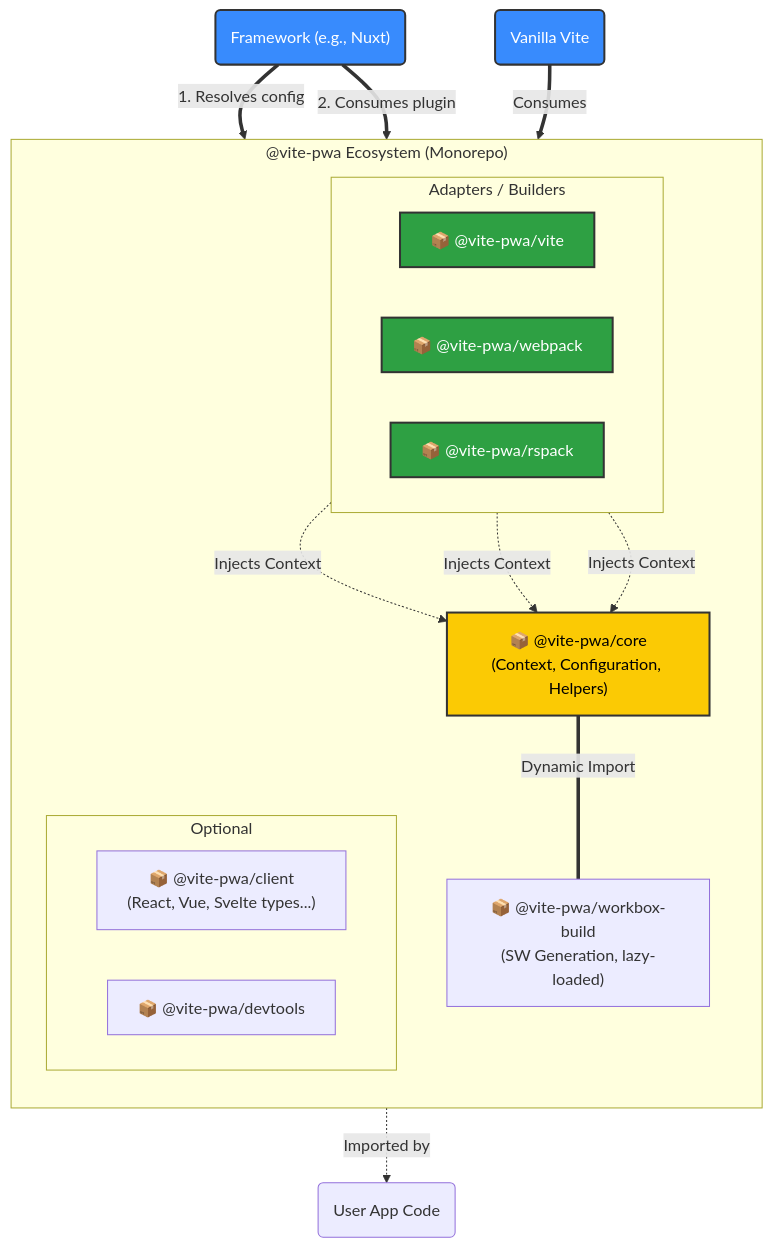
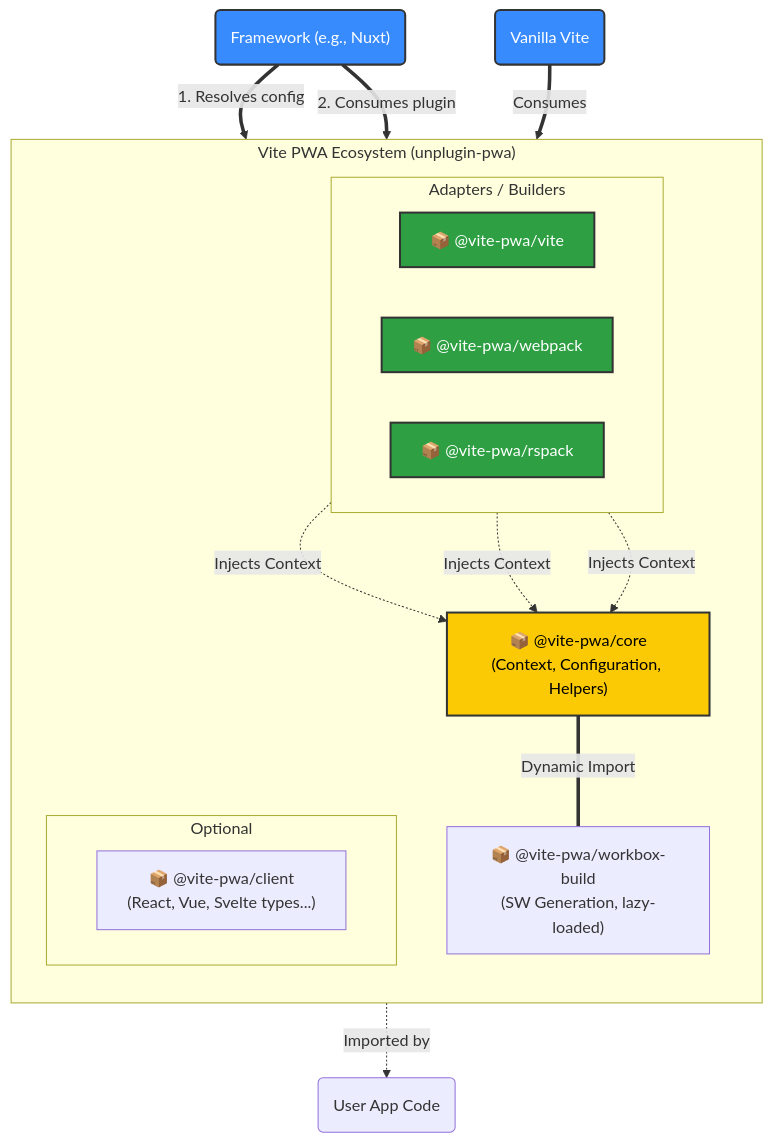
One commit to vite-pwa/unplugin-pwa changed the first of 2 diagrams in README.md. Above: the diagram before and after it, drawn with Mermaid. The commit also changed other lines of this file, not shown here.

Commit message:
docs: update mermaid diagrams

````diff
--- a/README.md
+++ b/README.md
@@ -17,43 +17,42 @@
 ```mermaid
 graph TD
-    subgraph Monorepo ["@vite-pwa Ecosystem (Monorepo)"]
+    subgraph Monorepo ["Vite PWA Ecosystem (unplugin-pwa)"]
         direction TB
 
         Core["📦 @vite-pwa/core<br/>(Context, Configuration, Helpers)"]
         WB["📦 @vite-pwa/workbox-build<br/>(SW Generation, lazy-loaded)"]
 
         subgraph Builders ["Adapters / Builders"]
             direction LR
             Vite["📦 @vite-pwa/vite"]
             Webpack["📦 @vite-pwa/webpack"]
             Rspack["📦 @vite-pwa/rspack"]
         end
 
         subgraph Extras ["Optional"]
             direction LR
             Client["📦 @vite-pwa/client<br/>(React, Vue, Svelte types...)"]
-            DevTools["📦 @vite-pwa/devtools"]
         end
 
     %% Internal Relations
         Vite -. "Injects Context" .-> Core
         Webpack -. "Injects Context" .-> Core
         Rspack -. "Injects Context" .-> Core
 
         Core == "Dynamic Import" === WB
     end
 
 %% External Consumers
     Nuxt("Framework (e.g., Nuxt)") ==>|1. Resolves config| Core
     Nuxt ==>|2. Consumes plugin| Vite
     Vanilla("Vanilla Vite") ==>|Consumes| Vite
     Client -. "Imported by" .-> App("User App Code")
 
     classDef core fill:#fbca04,stroke:#333,stroke-width:2px,color:black;
     classDef builder fill:#2ea043,stroke:#333,stroke-width:2px,color:white;
     classDef framework fill:#388bfd,stroke:#333,stroke-width:2px,color:white;
 
     class Core core;
     class Vite,Webpack,Rspack builder;
     class Nuxt,Vanilla framework;
 ```
````
